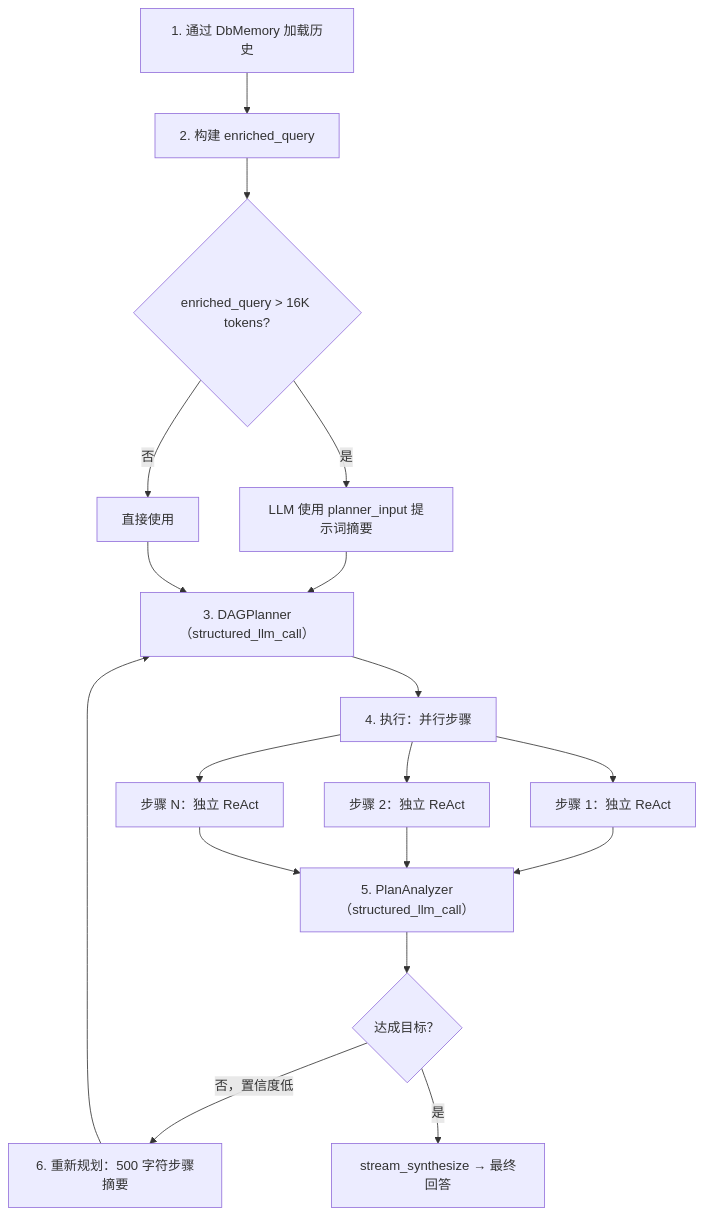
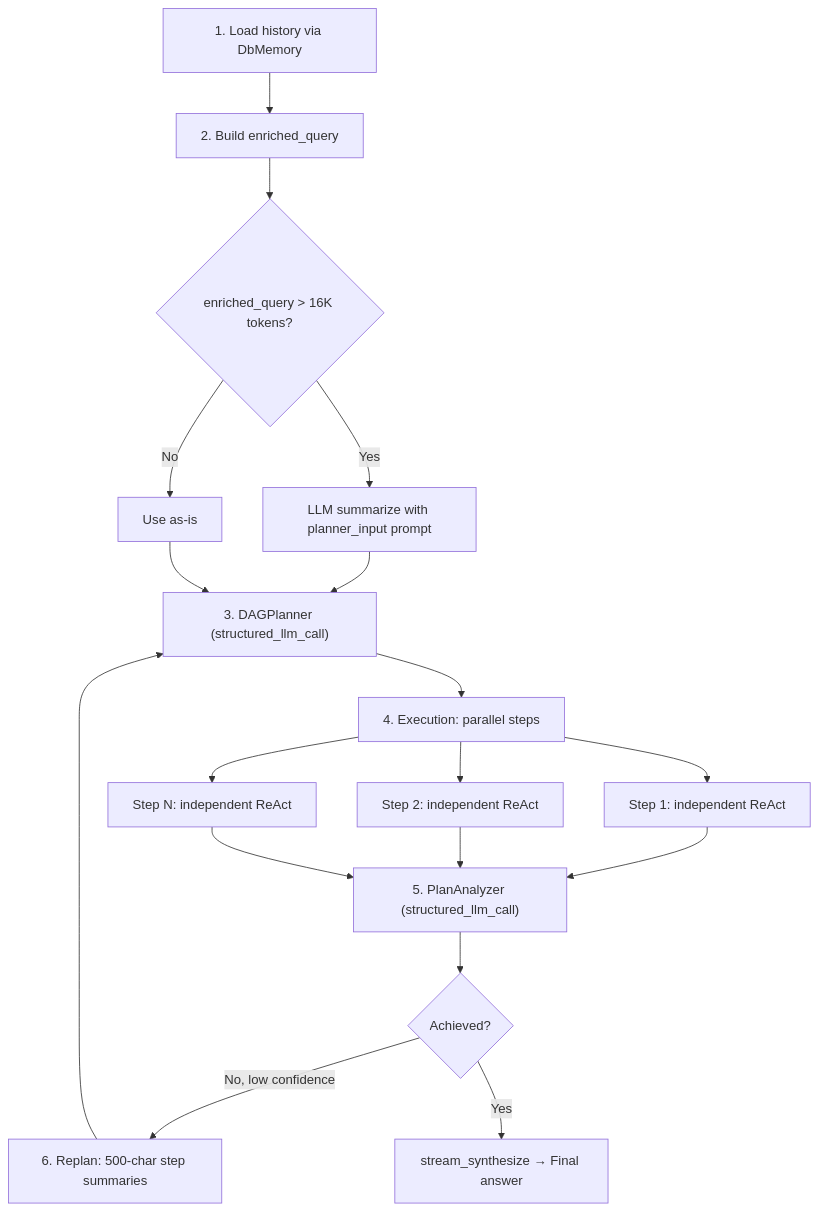
One commit to fim-ai/fim-agent changed the third of 3 diagrams in docs/zh/architecture/context-management.mdx. Above: the diagram before and after it, drawn with Mermaid. The commit also changed other lines of this file and 5 other files, not shown here.

First line of the commit message:
docs: update context-management mermaid with cycle detection and checklist

````diff
--- a/docs/zh/architecture/context-management.mdx
+++ b/docs/zh/architecture/context-management.mdx
@@ -181,20 +191,20 @@
 ```mermaid
 flowchart TD
-    A["1. 通过 DbMemory 加载历史"] --> B["2. 构建 enriched_query"]
+    A["1. Load history via DbMemory"] --> B["2. Build enriched_query"]
     B --> C{"enriched_query > 16K tokens?"}
-    C -->|是| D["LLM 使用 planner_input 提示词摘要"]
-    C -->|否| E["直接使用"]
-    D --> F["3. DAGPlanner（structured_llm_call）"]
+    C -->|Yes| D["LLM summarize with planner_input prompt"]
+    C -->|No| E["Use as-is"]
+    D --> F["3. DAGPlanner (structured_llm_call)"]
     E --> F
-    F --> G["4. 执行：并行步骤"]
-    G --> H["步骤 1：独立 ReAct"]
-    G --> I["步骤 2：独立 ReAct"]
-    G --> J["步骤 N：独立 ReAct"]
-    H --> K["5. PlanAnalyzer（structured_llm_call）"]
+    F --> G["4. Execution: parallel steps"]
+    G --> H["Step 1: independent ReAct"]
+    G --> I["Step 2: independent ReAct"]
+    G --> J["Step N: independent ReAct"]
+    H --> K["5. PlanAnalyzer (structured_llm_call)"]
     I --> K
     J --> K
-    K --> L{"达成目标？"}
-    L -->|否，置信度低| M["6. 重新规划：500 字符步骤摘要"]
+    K --> L{"Achieved?"}
+    L -->|No, low confidence| M["6. Replan: 500-char step summaries"]
     M --> F
-    L -->|是| N["stream_synthesize → 最终回答"]
+    L -->|Yes| N["stream_synthesize → Final answer"]
 ```
````
